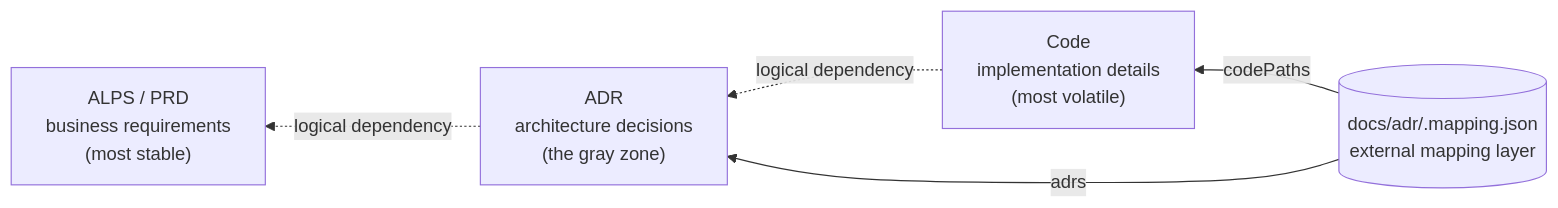
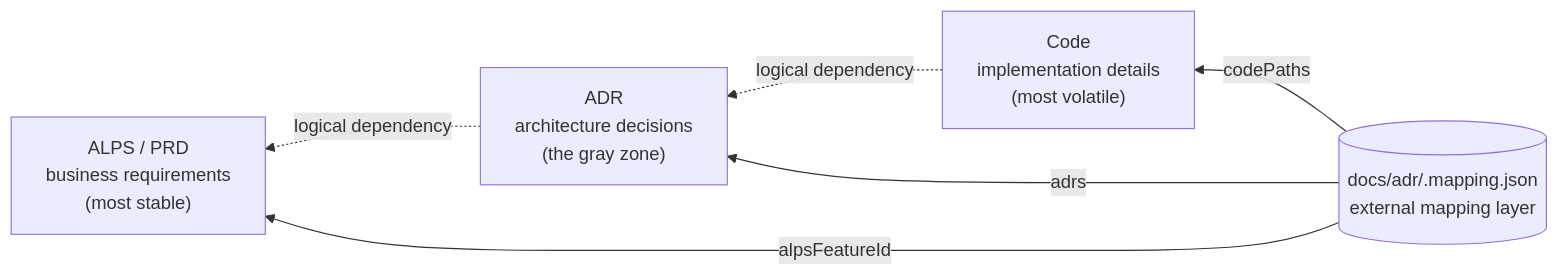
The first of 2 diagrams in README.md (haandol/alps-writer-mcp), drawn with Mermaid before and after one commit. The commit also changed other lines of this file and 3 other files, not shown here.

````diff
--- a/README.md
+++ b/README.md
@@ -43,13 +43,14 @@
 ```mermaid
 flowchart RL
     PRD["ALPS / PRD<br/>business requirements<br/>(most stable)"]
     ADR["ADR<br/>architecture decisions<br/>(the gray zone)"]
     Code["Code<br/>implementation details<br/>(most volatile)"]
     Mapping[("docs/adr/.mapping.json<br/>external mapping layer")]
 
     Code -. logical dependency .-> ADR
     ADR -. logical dependency .-> PRD
 
+    Mapping -- alpsFeatureId --> PRD
     Mapping -- adrs --> ADR
     Mapping -- codePaths --> Code
 ```
````
